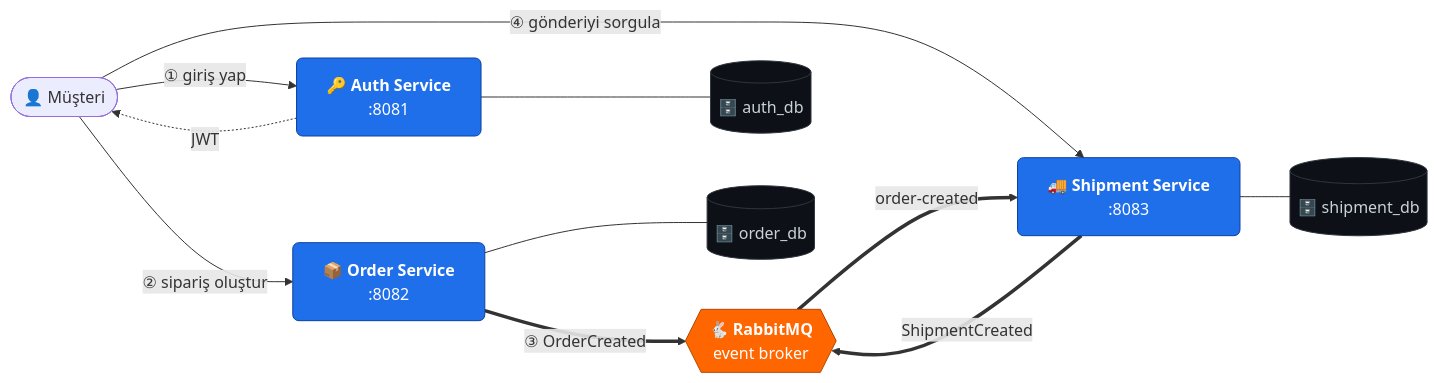
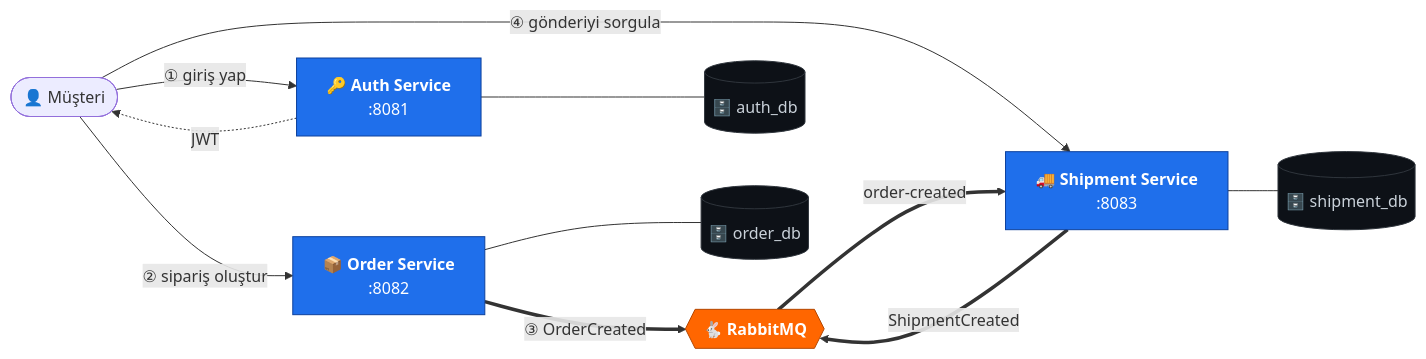
The first of 7 diagrams in README.md (erenctns/Logistic-Microservice_Mvp), drawn with Mermaid before and after one commit. The commit also changed other lines of this file, not shown here.

````diff
--- a/README.md
+++ b/README.md
@@ -36,34 +22,34 @@
 ```mermaid
 flowchart LR
     Client(["👤 Müşteri"])
 
     Auth["🔑 <b>Auth Service</b><br/>:8081"]
     Order["📦 <b>Order Service</b><br/>:8082"]
     Ship["🚚 <b>Shipment Service</b><br/>:8083"]
 
-    Rabbit{{"🐇 <b>RabbitMQ</b><br/>event broker"}}
+    Rabbit{{"🐇 <b>RabbitMQ</b>"}}
 
     AuthDB[("🗄️ auth_db")]
     OrderDB[("🗄️ order_db")]
     ShipDB[("🗄️ shipment_db")]
 
     Client -->|"① giriş yap"| Auth
     Auth -.->|"JWT"| Client
     Client -->|"② sipariş oluştur"| Order
     Client -->|"④ gönderiyi sorgula"| Ship
 
     Order ==>|"③ OrderCreated"| Rabbit
     Rabbit ==>|"order-created"| Ship
     Ship ==>|"ShipmentCreated"| Rabbit
 
     Auth --- AuthDB
     Order --- OrderDB
     Ship --- ShipDB
 
-    classDef svc fill:#1f6feb,stroke:#0d419d,color:#fff,rx:6,ry:6
+    classDef svc fill:#1f6feb,stroke:#0d419d,color:#fff
     classDef db fill:#0d1117,stroke:#30363d,color:#c9d1d9
     classDef broker fill:#ff6600,stroke:#b34700,color:#fff
     class Auth,Order,Ship svc
     class AuthDB,OrderDB,ShipDB db
     class Rabbit broker
 ```
````
